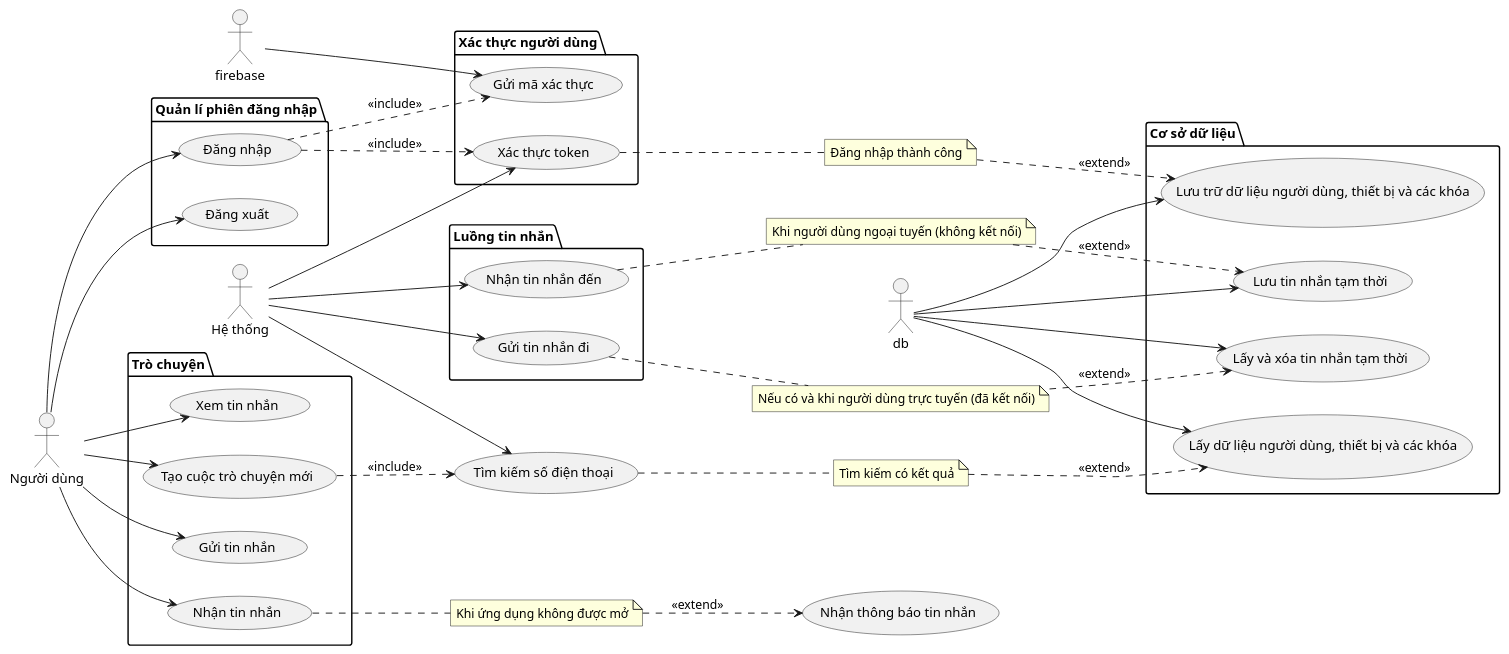
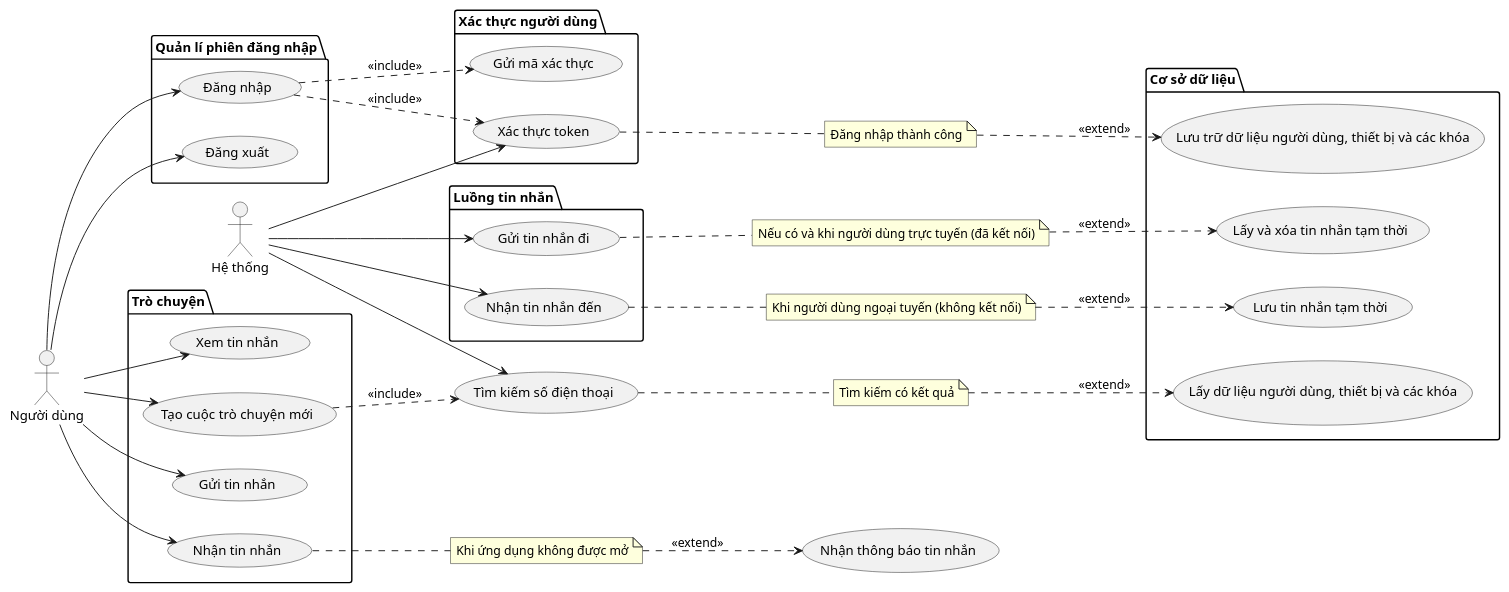
Before and after one commit to shhh-cat/Blackat_UML: the diagram in Usecase Diagram/Overview.pu, drawn with PlantUML. The commit also changed 3 other files, not shown here.

```diff
--- a/Usecase Diagram/Overview.pu
+++ b/Usecase Diagram/Overview.pu
@@ -1,66 +1,61 @@
 @startuml
  
 left to right direction
 :Người dùng: as user
 :Hệ thống: as server
 package "Quản lí phiên đăng nhập" {
     usecase "Đăng nhập" as login
     usecase "Đăng xuất" as logout
 }
 package "Xác thực người dùng" {
     usecase "Gửi mã xác thực" as otp
     usecase "Xác thực token" as verifyToken
 }
 package "Luồng tin nhắn" {
     usecase "Gửi tin nhắn đi" as incoming
     usecase "Nhận tin nhắn đến" as outgoing
 }
 
 package "Cơ sở dữ liệu" {
     usecase "Lưu tin nhắn tạm thời" as storing
     usecase "Lưu trữ dữ liệu người dùng, thiết bị và các khóa" as createUserData
     usecase "Lấy và xóa tin nhắn tạm thời" as getting
     usecase "Lấy dữ liệu người dùng, thiết bị và các khóa" as getUserData
 }
 package "Trò chuyện" {
     usecase "Xem tin nhắn" as view
     usecase "Tạo cuộc trò chuyện mới" as new
     usecase "Gửi tin nhắn" as sending
     usecase "Nhận tin nhắn" as receiving
 }
 usecase "Tìm kiếm số điện thoại" as searching
 usecase "Nhận thông báo tin nhắn" as notification
 user --> login
 user --> logout
 user --> sending
 user --> receiving
 user --> view
 user --> new
 new ..> searching: <<include>>
 login ..> otp : <<include>>
 login ..> verifyToken : <<include>>
-firebase --> otp
 server --> verifyToken
 server --> incoming
 server --> outgoing
 server --> searching
-db --> storing
-db --> getting
-db --> createUserData
-db --> getUserData
 note "Đăng nhập thành công" as logged
 note "Khi người dùng ngoại tuyến (không kết nối)" as offline
 note "Nếu có và khi người dùng trực tuyến (đã kết nối)" as online
 note "Khi ứng dụng không được mở" as closingApp
 note "Tìm kiếm có kết quả" as successfulSearching
 verifyToken .. logged
 logged ..> createUserData : <<extend>>
 outgoing .. offline
 offline ..> storing: <<extend>>
 incoming .. online
 online ..> getting: <<extend>>
 receiving .. closingApp 
 closingApp ..> notification: <<extend>>
 searching .. successfulSearching
 successfulSearching ..> getUserData: <<extend>>
 @enduml
```
